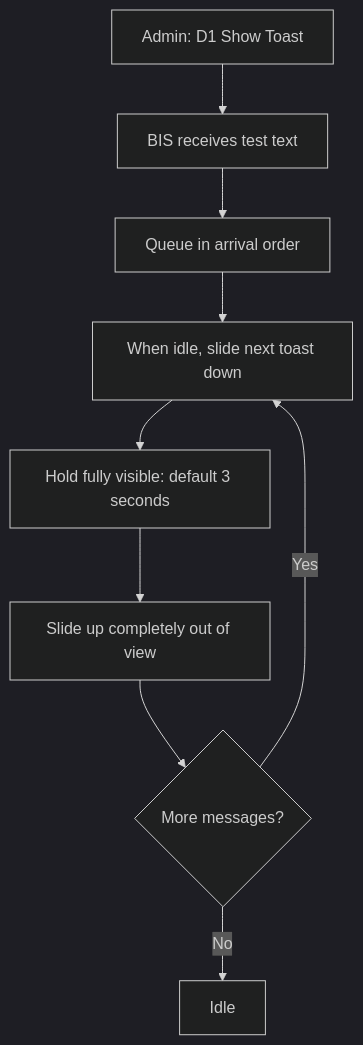
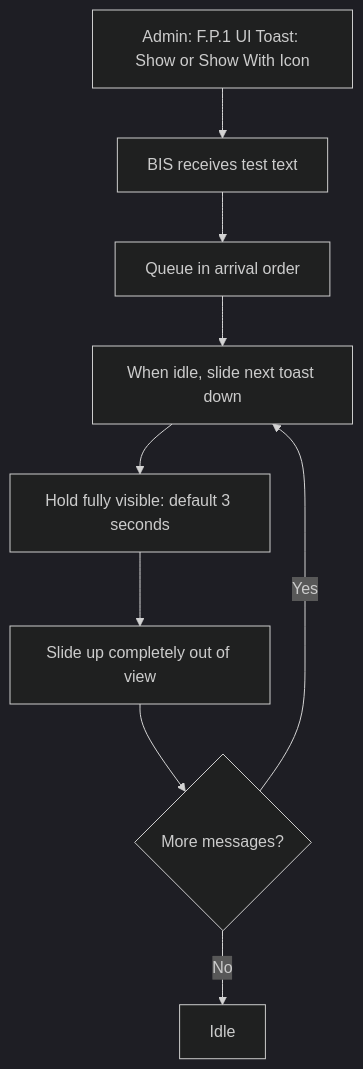
Before and after one commit to SamuelAsherRivello/blockchain-integration-service: the diagram in BIS/documentation/User Story Diagrams.md, drawn with Mermaid (dark theme). The commit also changed other lines of this file and 123 other files, not shown here.

````diff
--- a/BIS/documentation/User Story Diagrams.md
+++ b/BIS/documentation/User Story Diagrams.md
@@ -480,11 +526,11 @@
 ```mermaid
 flowchart TD
-  D1_1[Admin: D1 Show Toast] --> D1_2[BIS receives test text]
-  D1_2 --> D1_3[Queue in arrival order]
-  D1_3 --> D1_4[When idle, slide next toast down]
-  D1_4 --> D1_5[Hold fully visible: default 3 seconds]
-  D1_5 --> D1_6[Slide up completely out of view]
-  D1_6 --> D1_7{More messages?}
-  D1_7 -->|Yes| D1_4
-  D1_7 -->|No| D1_8[Idle]
+  FP1_1[Admin: F.P.1 UI Toast: Show or Show With Icon] --> FP1_2[BIS receives test text]
+  FP1_2 --> FP1_3[Queue in arrival order]
+  FP1_3 --> FP1_4[When idle, slide next toast down]
+  FP1_4 --> FP1_5[Hold fully visible: default 3 seconds]
+  FP1_5 --> FP1_6[Slide up completely out of view]
+  FP1_6 --> FP1_7{More messages?}
+  FP1_7 -->|Yes| FP1_4
+  FP1_7 -->|No| FP1_8[Idle]
 ```
````
